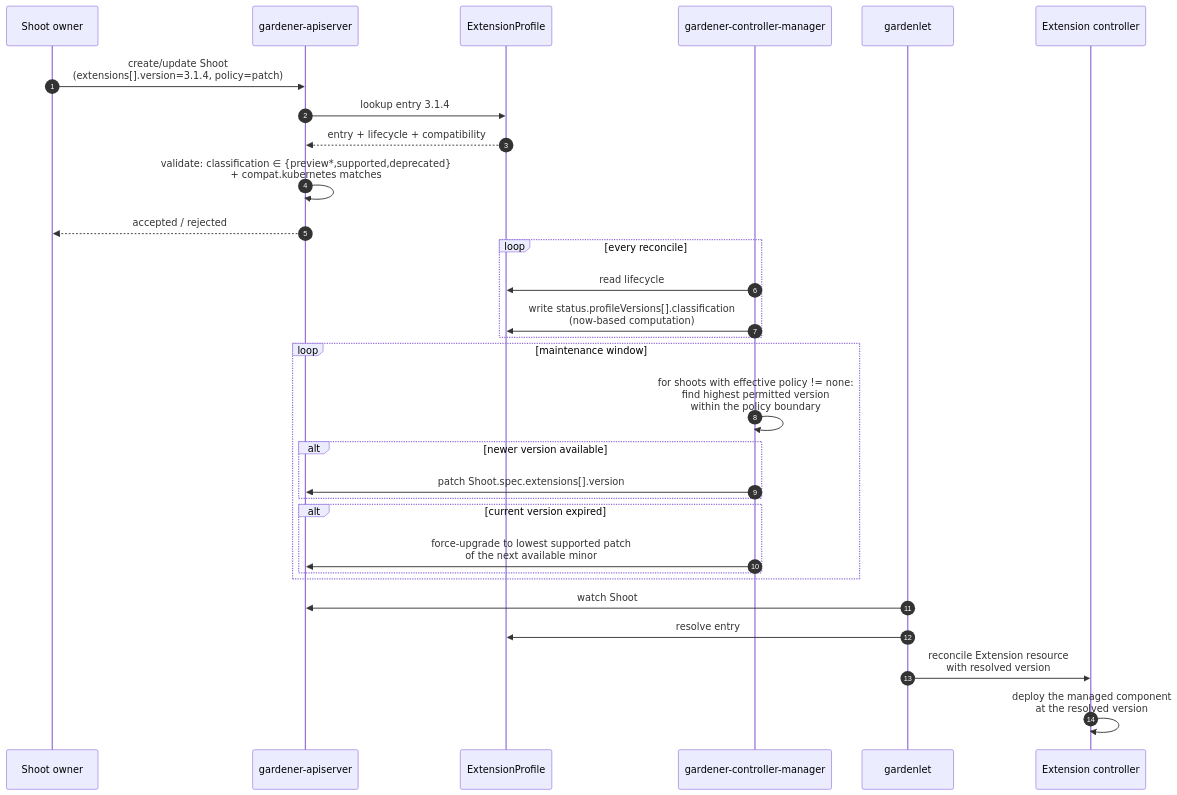
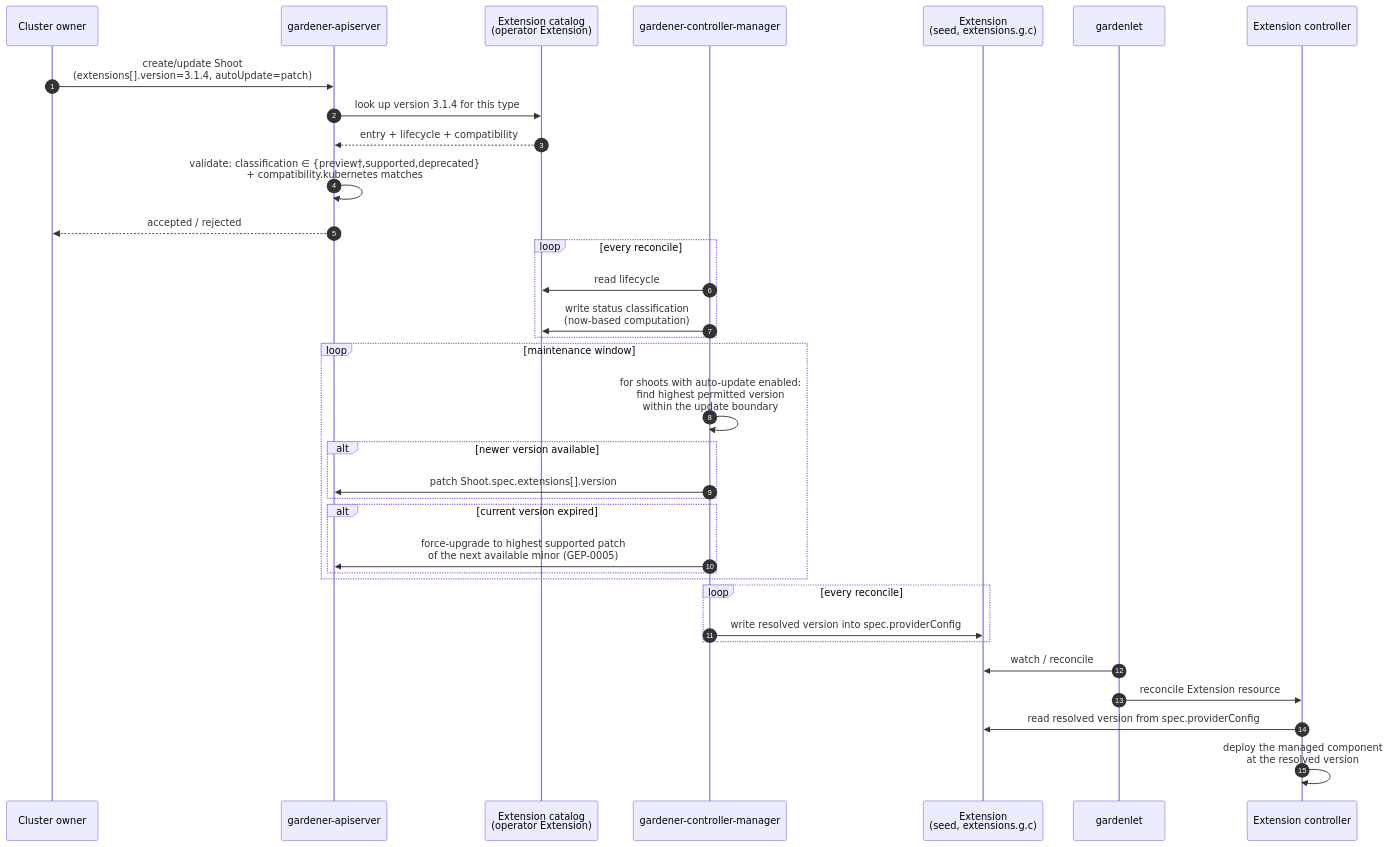
The diagram in geps/0078-extension-profile/flow.mmd (DockToFuture/enhancements), drawn with Mermaid before and after one commit. The commit also changed 4 other files, not shown here.

```diff
--- a/geps/0078-extension-profile/flow.mmd
+++ b/geps/0078-extension-profile/flow.mmd
@@ -1,35 +1,40 @@
 %%{init: {'theme': 'default', 'themeVariables': {'background': '#ffffff'}}}%%
 sequenceDiagram
   autonumber
-  participant Owner as Shoot owner
+  participant Owner as Cluster owner
   participant API as gardener-apiserver
-  participant PROF as ExtensionProfile
+  participant CAT as Extension catalog<br/>(operator Extension)
   participant GCM as gardener-controller-manager
+  participant SEED as Extension<br/>(seed, extensions.g.c)
   participant GL as gardenlet
   participant EXT as Extension controller
 
-  Owner->>API: create/update Shoot<br/>(extensions[].version=3.1.4, policy=patch)
-  API->>PROF: lookup entry 3.1.4
-  PROF-->>API: entry + lifecycle + compatibility
-  API->>API: validate: classification ∈ {preview*,supported,deprecated}<br/>+ compat.kubernetes matches
+  Owner->>API: create/update Shoot<br/>(extensions[].version=3.1.4, autoUpdate=patch)
+  API->>CAT: look up version 3.1.4 for this type
+  CAT-->>API: entry + lifecycle + compatibility
+  API->>API: validate: classification ∈ {preview†,supported,deprecated}<br/>+ compatibility.kubernetes matches
   API-->>Owner: accepted / rejected
 
   loop every reconcile
-    GCM->>PROF: read lifecycle
-    GCM->>PROF: write status.profileVersions[].classification<br/>(now-based computation)
+    GCM->>CAT: read lifecycle
+    GCM->>CAT: write status classification<br/>(now-based computation)
   end
 
   loop maintenance window
-    GCM->>GCM: for shoots with effective policy != none:<br/>find highest permitted version<br/>within the policy boundary
+    GCM->>GCM: for shoots with auto-update enabled:<br/>find highest permitted version<br/>within the update boundary
     alt newer version available
       GCM->>API: patch Shoot.spec.extensions[].version
     end
     alt current version expired
-      GCM->>API: force-upgrade to lowest supported patch<br/>of the next available minor
+      GCM->>API: force-upgrade to highest supported patch<br/>of the next available minor (GEP-0005)
     end
   end
 
-  GL->>API: watch Shoot
-  GL->>PROF: resolve entry
-  GL->>EXT: reconcile Extension resource<br/>with resolved version
+  loop every reconcile
+    GCM->>SEED: write resolved version into spec.providerConfig
+  end
+
+  GL->>SEED: watch / reconcile
+  GL->>EXT: reconcile Extension resource
+  EXT->>SEED: read resolved version from spec.providerConfig
   EXT->>EXT: deploy the managed component<br/>at the resolved version
```
